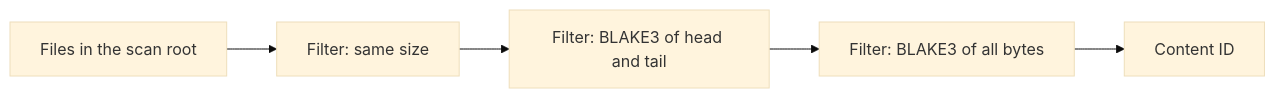
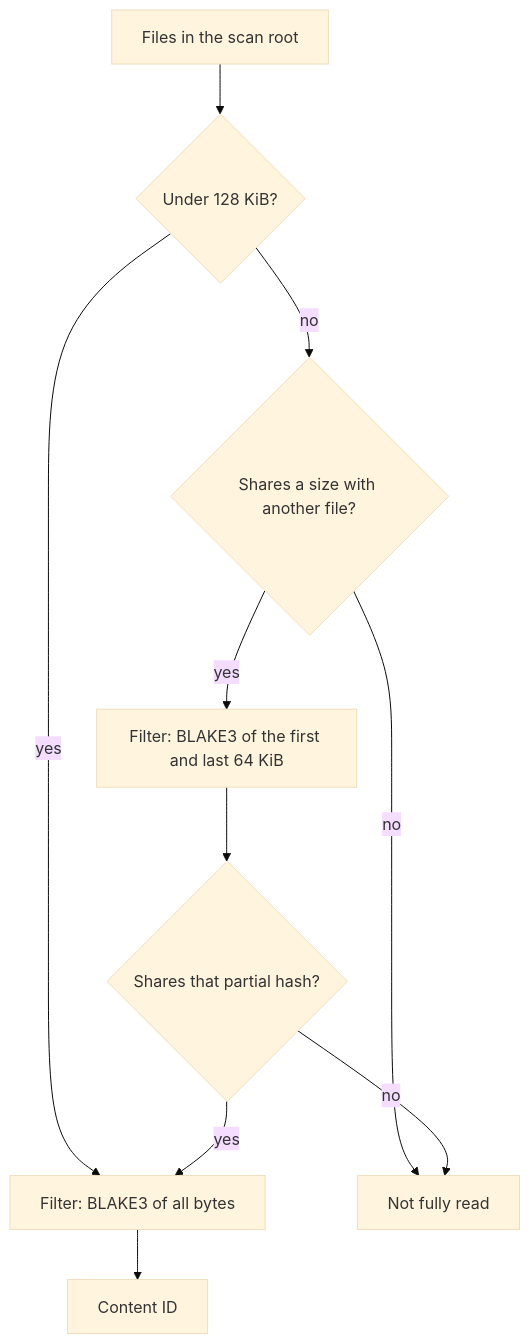
The fourth of 6 diagrams in docs/architecture.md (cionz0/hdsort), drawn with Mermaid (base theme) before and after one commit. The commit also changed other lines of this file and 16 other files, not shown here.

````diff
--- a/docs/architecture.md
+++ b/docs/architecture.md
@@ -103,9 +103,20 @@
 ```mermaid
-flowchart LR
+flowchart TD
   files[Files in the scan root]
-  size[Filter: same size]
-  partial[Filter: BLAKE3 of head and tail]
+  small{Under 128 KiB?}
+  size{Shares a size with another file?}
+  partial[Filter: BLAKE3 of the first and last 64 KiB]
+  collide{Shares that partial hash?}
   full[Filter: BLAKE3 of all bytes]
   id[Content ID]
-  files --> size --> partial --> full --> id
+  stop[Not fully read]
+  files --> small
+  small -->|yes| full
+  small -->|no| size
+  size -->|no| stop
+  size -->|yes| partial
+  partial --> collide
+  collide -->|yes| full
+  collide -->|no| stop
+  full --> id
 ```
````
